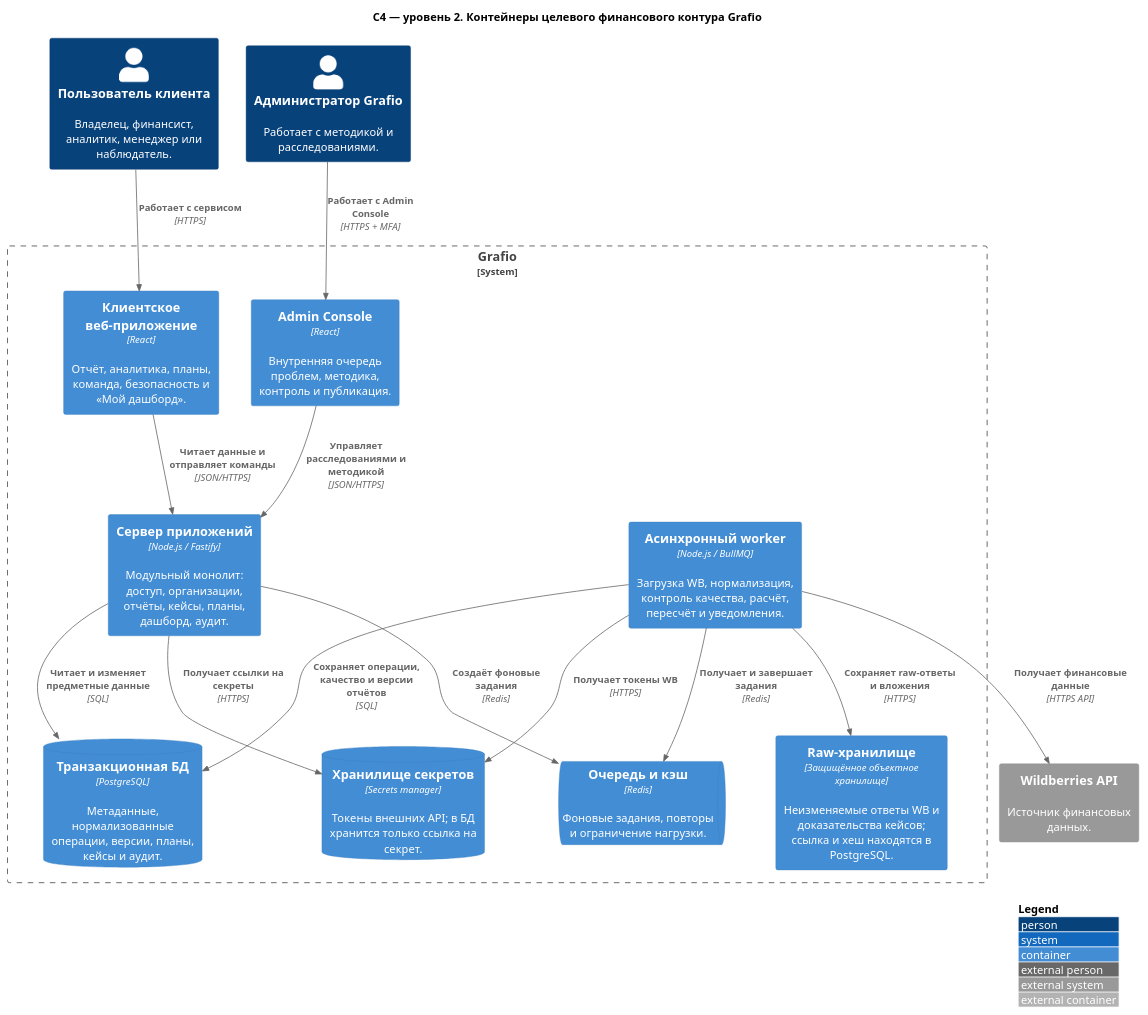
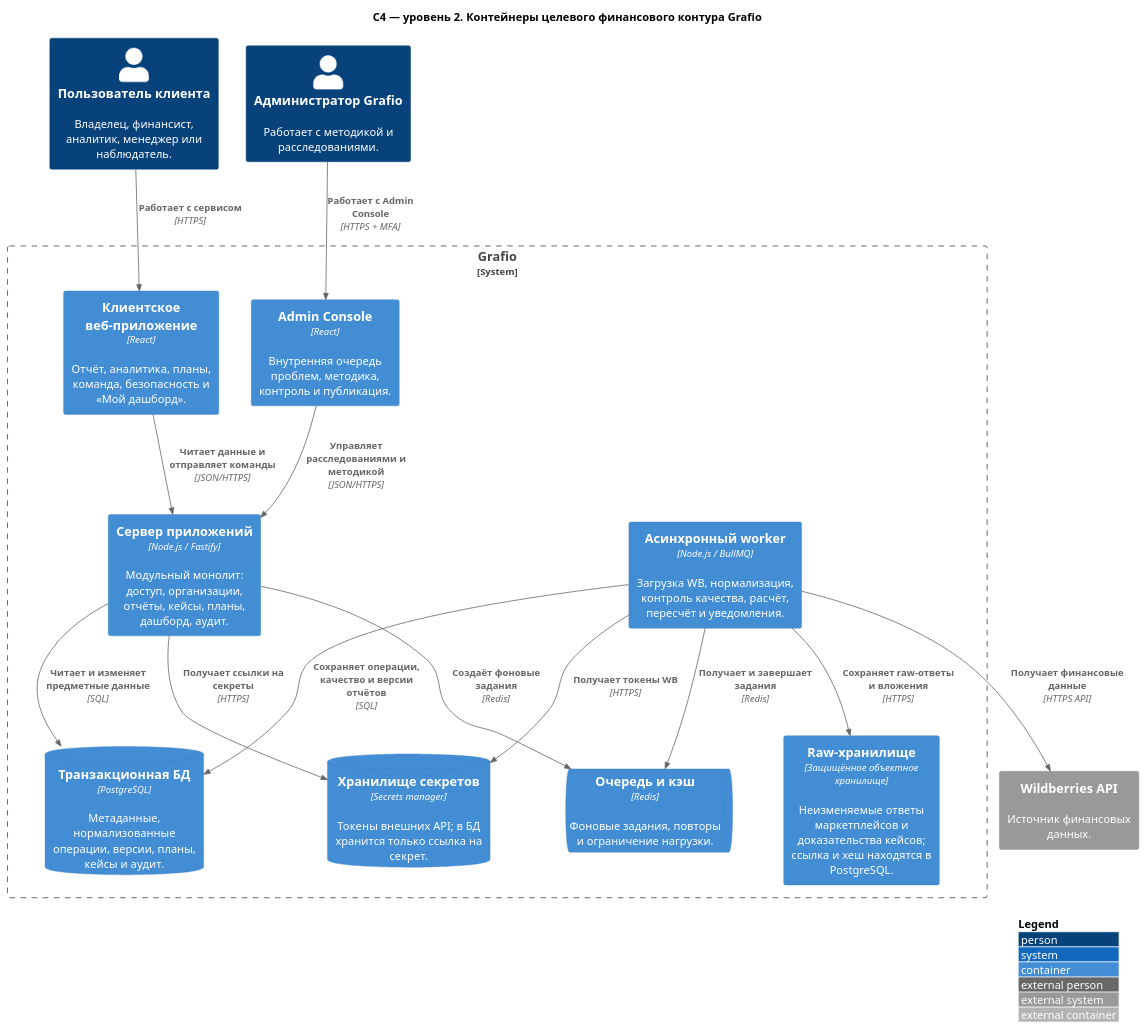
The diagram in docs/architecture/c4/02-container.puml (onlyuncia/grafio-product-docs), drawn with PlantUML before and after one commit. The commit also changed 8 other files, not shown here.

```diff
--- a/docs/architecture/c4/02-container.puml
+++ b/docs/architecture/c4/02-container.puml
@@ -1,35 +1,35 @@
 @startuml
 !includeurl https://raw.githubusercontent.com/plantuml-stdlib/C4-PlantUML/master/C4_Container.puml
 
 LAYOUT_WITH_LEGEND()
 title C4 — уровень 2. Контейнеры целевого финансового контура Grafio
 
 Person(client, "Пользователь клиента", "Владелец, финансист, аналитик, менеджер или наблюдатель.")
 Person(admin, "Администратор Grafio", "Работает с методикой и расследованиями.")
 System_Ext(wb, "Wildberries API", "Источник финансовых данных.")
 
 System_Boundary(grafio, "Grafio") {
   Container(web, "Клиентское веб-приложение", "React", "Отчёт, аналитика, планы, команда, безопасность и «Мой дашборд».")
   Container(adminWeb, "Admin Console", "React", "Внутренняя очередь проблем, методика, контроль и публикация.")
   Container(api, "Сервер приложений", "Node.js / Fastify", "Модульный монолит: доступ, организации, отчёты, кейсы, планы, дашборд, аудит.")
   Container(worker, "Асинхронный worker", "Node.js / BullMQ", "Загрузка WB, нормализация, контроль качества, расчёт, пересчёт и уведомления.")
   ContainerDb(db, "Транзакционная БД", "PostgreSQL", "Метаданные, нормализованные операции, версии, планы, кейсы и аудит.")
   ContainerQueue(queue, "Очередь и кэш", "Redis", "Фоновые задания, повторы и ограничение нагрузки.")
-  Container(raw, "Raw-хранилище", "Защищённое объектное хранилище", "Неизменяемые ответы WB и доказательства кейсов; ссылка и хеш находятся в PostgreSQL.")
+  Container(raw, "Raw-хранилище", "Защищённое объектное хранилище", "Неизменяемые ответы маркетплейсов и доказательства кейсов; ссылка и хеш находятся в PostgreSQL.")
   ContainerDb(secrets, "Хранилище секретов", "Secrets manager", "Токены внешних API; в БД хранится только ссылка на секрет.")
 }
 
 Rel(client, web, "Работает с сервисом", "HTTPS")
 Rel(admin, adminWeb, "Работает с Admin Console", "HTTPS + MFA")
 Rel(web, api, "Читает данные и отправляет команды", "JSON/HTTPS")
 Rel(adminWeb, api, "Управляет расследованиями и методикой", "JSON/HTTPS")
 Rel(api, db, "Читает и изменяет предметные данные", "SQL")
 Rel(api, queue, "Создаёт фоновые задания", "Redis")
 Rel(api, secrets, "Получает ссылки на секреты", "HTTPS")
 Rel(worker, queue, "Получает и завершает задания", "Redis")
 Rel(worker, wb, "Получает финансовые данные", "HTTPS API")
 Rel(worker, raw, "Сохраняет raw-ответы и вложения", "HTTPS")
 Rel(worker, db, "Сохраняет операции, качество и версии отчётов", "SQL")
 Rel(worker, secrets, "Получает токены WB", "HTTPS")
 
 @enduml
```
